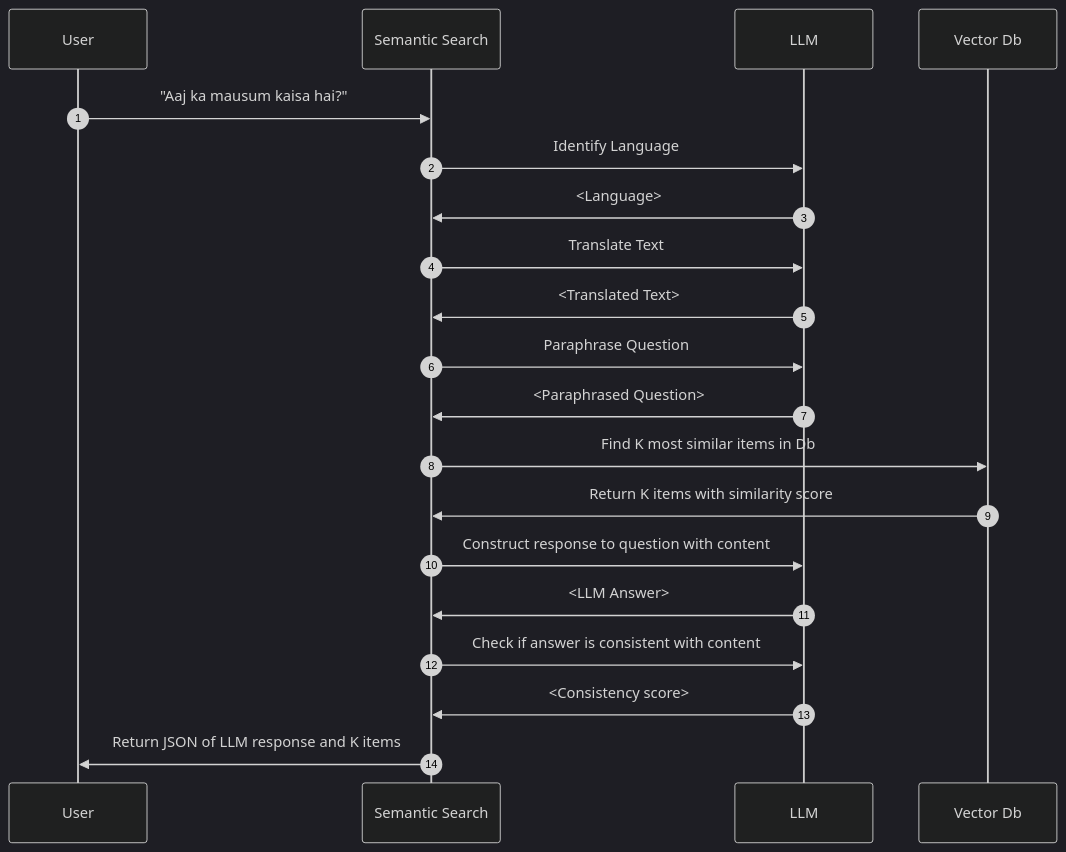
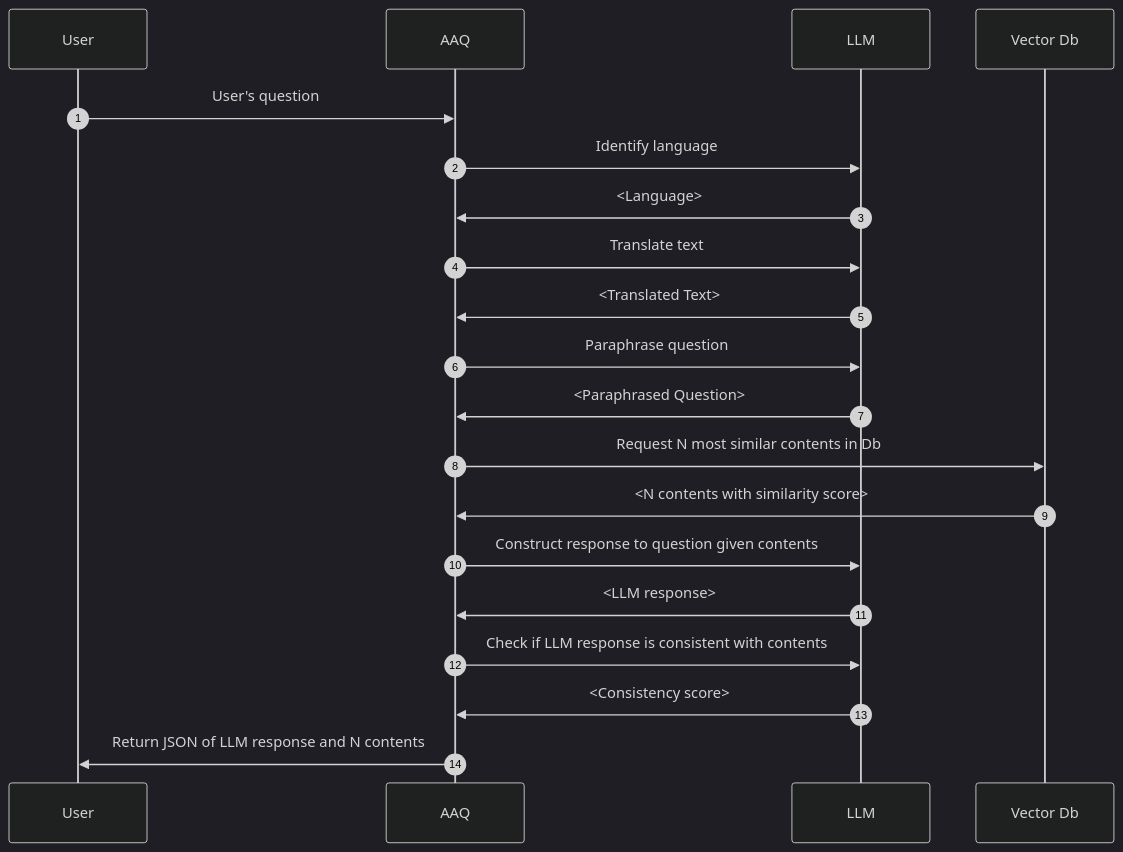
Before and after one commit to IDinsight/ask-a-question: the first of 2 diagrams in docs/components/qa-service/llm-response.md, drawn with Mermaid (dark theme). The commit also changed other lines of this file and 1 other file, not shown here.

Commit message:
Fix inaccuracy/confusion in mermaid sequence diagrams

````diff
--- a/docs/components/qa-service/llm-response.md
+++ b/docs/components/qa-service/llm-response.md
@@ -12,19 +13,19 @@
-``` mermaid
+```mermaid
 sequenceDiagram
   autonumber
-  User->>Semantic Search: "Aaj ka mausum kaisa hai?"
-  Semantic Search->>LLM: Identify Language
-  LLM->>Semantic Search: <Language>
-  Semantic Search->>LLM: Translate Text
-  LLM->>Semantic Search: <Translated Text>
-  Semantic Search->>LLM: Paraphrase Question
-  LLM->>Semantic Search: <Paraphrased Question>
-  Semantic Search->>Vector Db: Find K most similar items in Db
-  Vector Db->>Semantic Search: Return K items with similarity score
-  Semantic Search->>LLM: Construct response to question with content
-  LLM->>Semantic Search: <LLM Answer>
-  Semantic Search->>LLM: Check if answer is consistent with content
-  LLM->>Semantic Search: <Consistency score>
-  Semantic Search->>User: Return JSON of LLM response and K items
+  User->>AAQ: User's question
+  AAQ->>LLM: Identify language
+  LLM->>AAQ: <Language>
+  AAQ->>LLM: Translate text
+  LLM->>AAQ: <Translated Text>
+  AAQ->>LLM: Paraphrase question
+  LLM->>AAQ: <Paraphrased Question>
+  AAQ->>Vector Db: Request N most similar contents in Db
+  Vector Db->>AAQ: <N contents with similarity score>
+  AAQ->>LLM: Construct response to question given contents
+  LLM->>AAQ: <LLM response>
+  AAQ->>LLM: Check if LLM response is consistent with contents
+  LLM->>AAQ: <Consistency score>
+  AAQ->>User: Return JSON of LLM response and N contents
 
 ```
````
